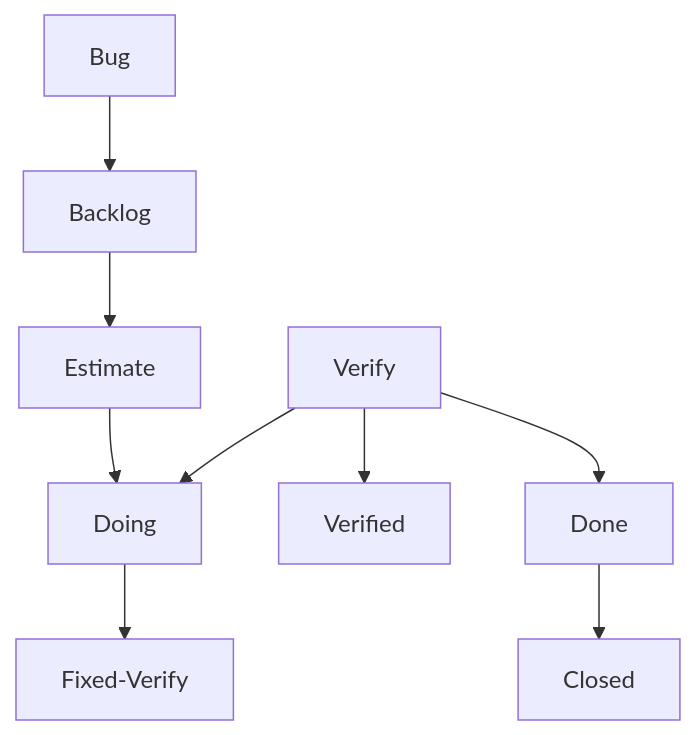
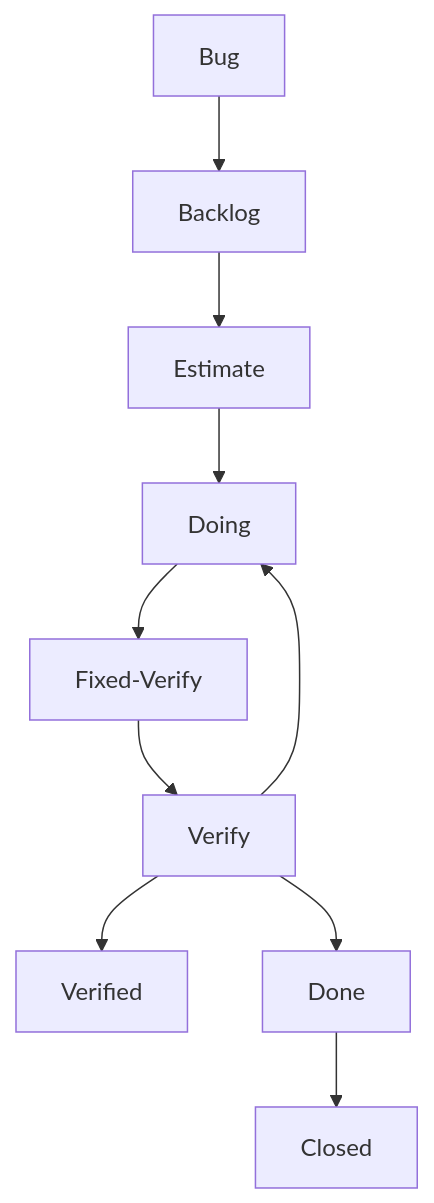
The second of 2 diagrams in .gitlab/labels-and-definitions.md (Betaoptics/ttos0100---2019-implementation), drawn with Mermaid before and after one commit.

````diff
--- a/.gitlab/labels-and-definitions.md
+++ b/.gitlab/labels-and-definitions.md
@@ -76,11 +76,12 @@
 ```mermaid
 graph TD;
     Bug-->Backlog;
     Backlog-->Estimate;
     Estimate-->Doing;
     Doing-->Fixed-Verify;
     Verify-->Verified;
+    Fixed-Verify-->Verify;
     Verify-->Doing;
     Verify-->Done
     Done-->Closed
 ```
````
